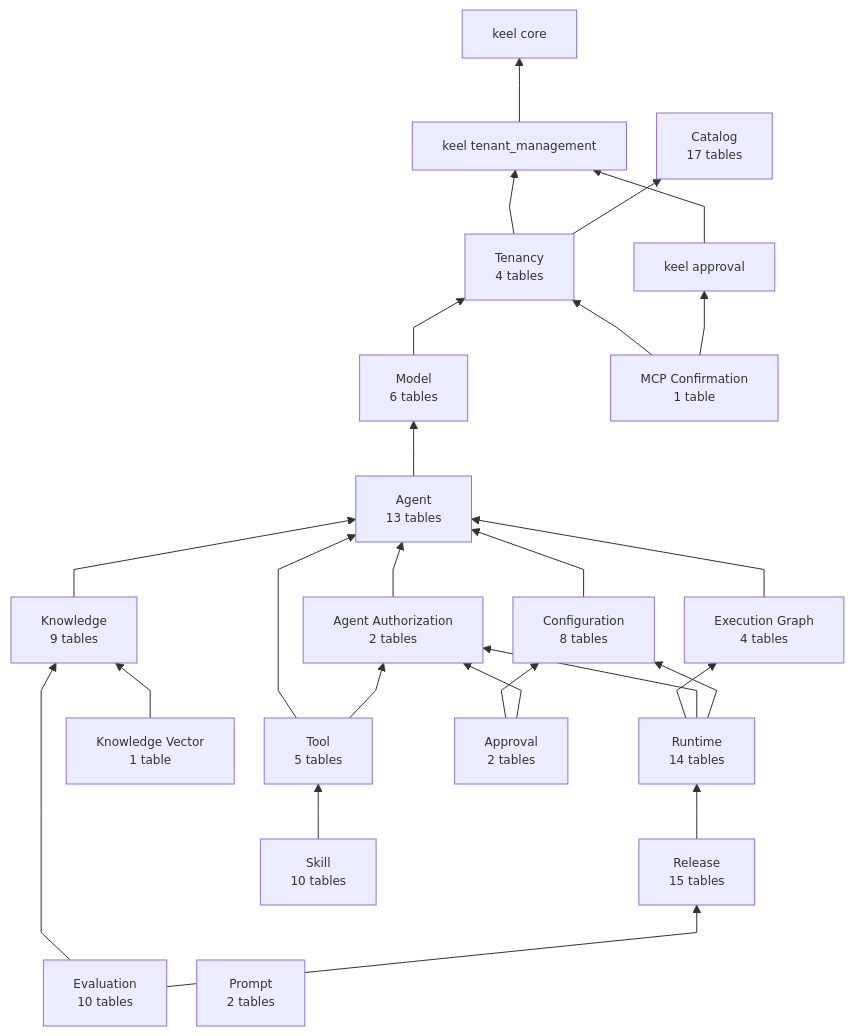
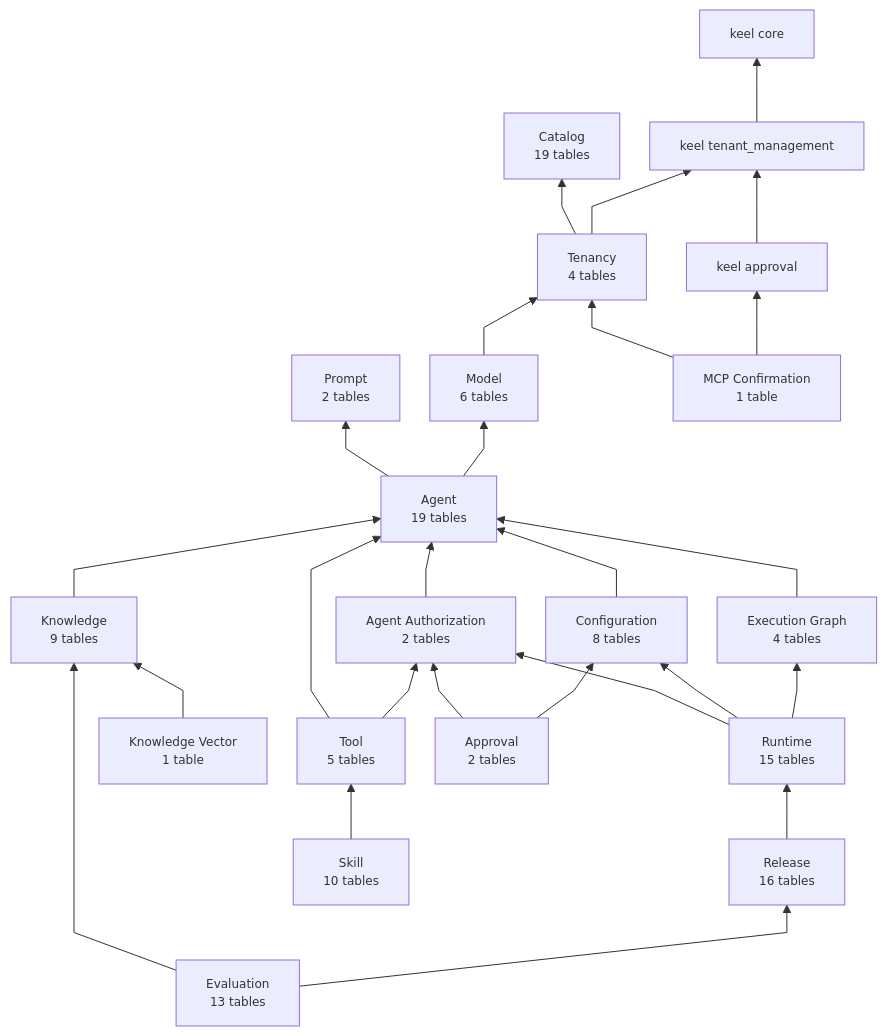
The first of 19 diagrams in doc/database.md (nauticana/scout), drawn with Mermaid before and after one commit. The commit also changed other lines of this file and 243 other files, not shown here.

````diff
--- a/doc/database.md
+++ b/doc/database.md
@@ -21,50 +21,51 @@
 ```mermaid
 %%{init: {"flowchart": {"curve": "linear", "nodeSpacing": 30, "rankSpacing": 55, "diagramPadding": 12}, "themeVariables": {"fontSize": "12px"}}}%%
 flowchart BT
 
     tenant_management --> core
+    tenancy --> catalog
     tenancy --> tenant_management
-    tenancy --> catalog
     model --> tenancy
+    agent --> prompt
     agent --> model
     tool --> agent
     tool --> agent_authorization_module
     knowledge --> agent
     configuration_module --> agent
     execution_graph_module --> agent
     agent_authorization_module --> agent
     knowledge_vector --> knowledge
-    runtime --> execution_graph_module
     runtime --> agent_authorization_module
     runtime --> configuration_module
+    runtime --> execution_graph_module
     release --> runtime
     evaluation --> knowledge
     evaluation --> release
+    approval --> agent_authorization_module
     approval --> configuration_module
-    approval --> agent_authorization_module
     skill --> tool
     mcp_confirmation --> tenancy
     mcp_confirmation --> keel_approval
     keel_approval --> tenant_management
 
     core["keel core"]
     tenant_management["keel tenant_management"]
     keel_approval["keel approval"]
-    catalog["Catalog<br/>17 tables"]
+    catalog["Catalog<br/>19 tables"]
     tenancy["Tenancy<br/>4 tables"]
     prompt["Prompt<br/>2 tables"]
     model["Model<br/>6 tables"]
-    agent["Agent<br/>13 tables"]
+    agent["Agent<br/>19 tables"]
     tool["Tool<br/>5 tables"]
     execution_graph_module["Execution Graph<br/>4 tables"]
     knowledge["Knowledge<br/>9 tables"]
     knowledge_vector["Knowledge Vector<br/>1 table"]
-    runtime["Runtime<br/>14 tables"]
-    release["Release<br/>15 tables"]
-    evaluation["Evaluation<br/>10 tables"]
+    runtime["Runtime<br/>15 tables"]
+    release["Release<br/>16 tables"]
+    evaluation["Evaluation<br/>13 tables"]
     agent_authorization_module["Agent Authorization<br/>2 tables"]
     configuration_module["Configuration<br/>8 tables"]
     approval["Approval<br/>2 tables"]
     skill["Skill<br/>10 tables"]
     mcp_confirmation["MCP Confirmation<br/>1 table"]
 ```
````
